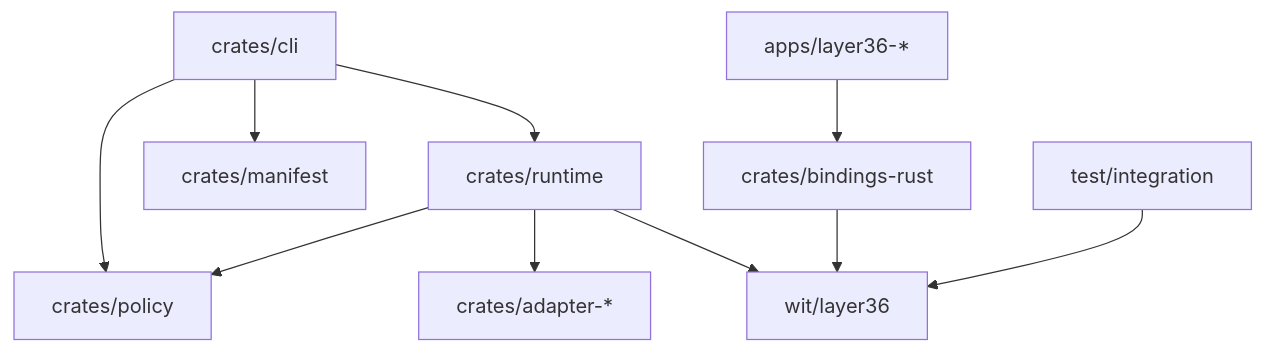
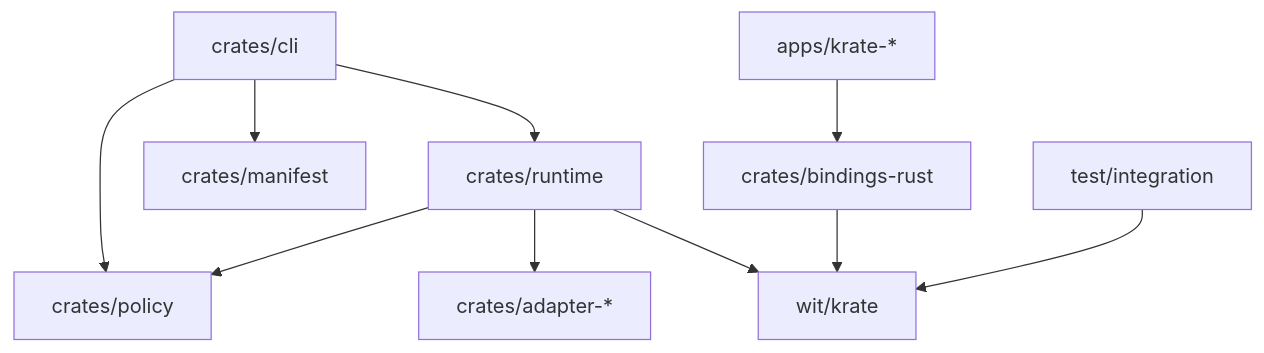
Before and after one commit to incyashraj/krate: the third of 3 diagrams in docs/book/src/architecture.md, drawn with Mermaid. The commit also changed other lines of this file and 342 other files, not shown here.

First line of the commit message:
feat!: rename Layer36 to Krate across the entire system (A9 Phase B)

````diff
--- a/docs/book/src/architecture.md
+++ b/docs/book/src/architecture.md
@@ -93,22 +93,22 @@
 ```mermaid
 flowchart TD
     CLI["crates/cli"]
     RT["crates/runtime"]
     POL["crates/policy"]
     MAN["crates/manifest"]
     ADAPT["crates/adapter-*"]
     SDK["crates/bindings-rust"]
-    APPS["apps/layer36-*"]
-    WIT["wit/layer36"]
+    APPS["apps/krate-*"]
+    WIT["wit/krate"]
     TEST["test/integration"]
 
     CLI --> RT
     CLI --> POL
     CLI --> MAN
     RT --> POL
     RT --> ADAPT
     RT --> WIT
     SDK --> WIT
     APPS --> SDK
     TEST --> WIT
 ```
````
